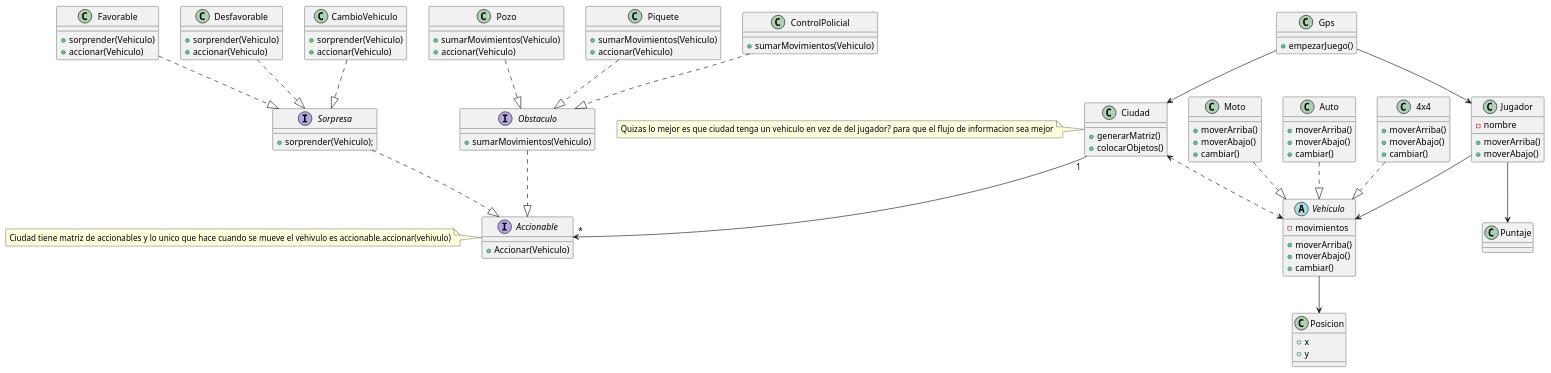
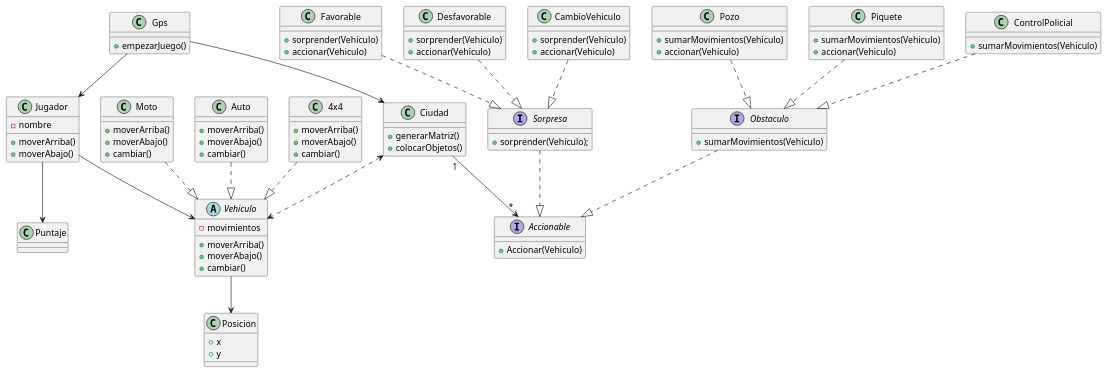
One commit to Fanusaez/algo3_tp2_2022 changed the diagram in diagrams/Entrega0/DiagramaDeClases.puml. Above: the diagram before and after it, drawn with PlantUML. The commit also changed 12 other files, not shown here.

Commit message:
Test: Actualización de tests para jugador.

```diff
--- a/diagrams/Entrega0/DiagramaDeClases.puml
+++ b/diagrams/Entrega0/DiagramaDeClases.puml
@@ -1,130 +1,126 @@
 @startuml
 'https://plantuml.com/class-diagram
 
 class Gps{
     + empezarJuego()
 }
 
 class Jugador{
     - nombre
 
     + moverArriba()
     + moverAbajo()
 }
 
 abstract Vehiculo{
     - movimientos
     + moverArriba()
     + moverAbajo()
     + cambiar()
 }
 
 interface Accionable{
     +Accionar(Vehiculo)
 }
 
 class Moto{
     + moverArriba()
     + moverAbajo()
     + cambiar()
 }
 class Auto{
     + moverArriba()
     + moverAbajo()
     + cambiar()
 }
 
 class 4x4{
     + moverArriba()
     + moverAbajo()
     + cambiar()
 }
 
 class Ciudad{
     + generarMatriz()
     + colocarObjetos()
 }
 
 class Posicion{
     + x
     + y
 }
 
 interface Sorpresa{
     + sorprender(Vehiculo);
 }
 
 class Favorable{
     + sorprender(Vehiculo)
     + accionar(Vehiculo)
 }
 
 class Desfavorable{
     + sorprender(Vehiculo)
     + accionar(Vehiculo)
 }
 
 class CambioVehiculo{
     + sorprender(Vehiculo)
     + accionar(Vehiculo)
 }
 
 interface Obstaculo{
     + sumarMovimientos(Vehiculo)
 }
 
 class Pozo{
     + sumarMovimientos(Vehiculo)
      + accionar(Vehiculo)
 }
 
 class Piquete{
     + sumarMovimientos(Vehiculo)
     + accionar(Vehiculo)
 }
 
 class ControlPolicial{
     + sumarMovimientos(Vehiculo)
 
 }
 
 
 class Posicion{
 
 }
 
 class Puntaje{
 }
 Moto ..|> Vehiculo
 Auto ..|> Vehiculo
 4x4 ..|> Vehiculo
 Gps --> Jugador
 Gps --> Ciudad
 Vehiculo --> Posicion
 Pozo ..|> Obstaculo
 
 Piquete ..|> Obstaculo
 
 ControlPolicial ..|> Obstaculo
 
 Ciudad "1" --> "*" Accionable
 Ciudad <..> Vehiculo
 
 Favorable ..|> Sorpresa
 
 Desfavorable ..|> Sorpresa
 
 CambioVehiculo ..|> Sorpresa
 
 Jugador --> Vehiculo
 Jugador --> Puntaje
 
 Sorpresa ..|> Accionable
 Obstaculo ..|> Accionable
 
-note left of Ciudad: Quizas lo mejor es que ciudad tenga un vehiculo en vez de del jugador? para que el flujo de informacion sea mejor
-note left of Accionable: Ciudad tiene matriz de accionables y lo unico que hace cuando se mueve el vehivulo es accionable.accionar(vehivulo)
-
-
 
 @enduml
```
